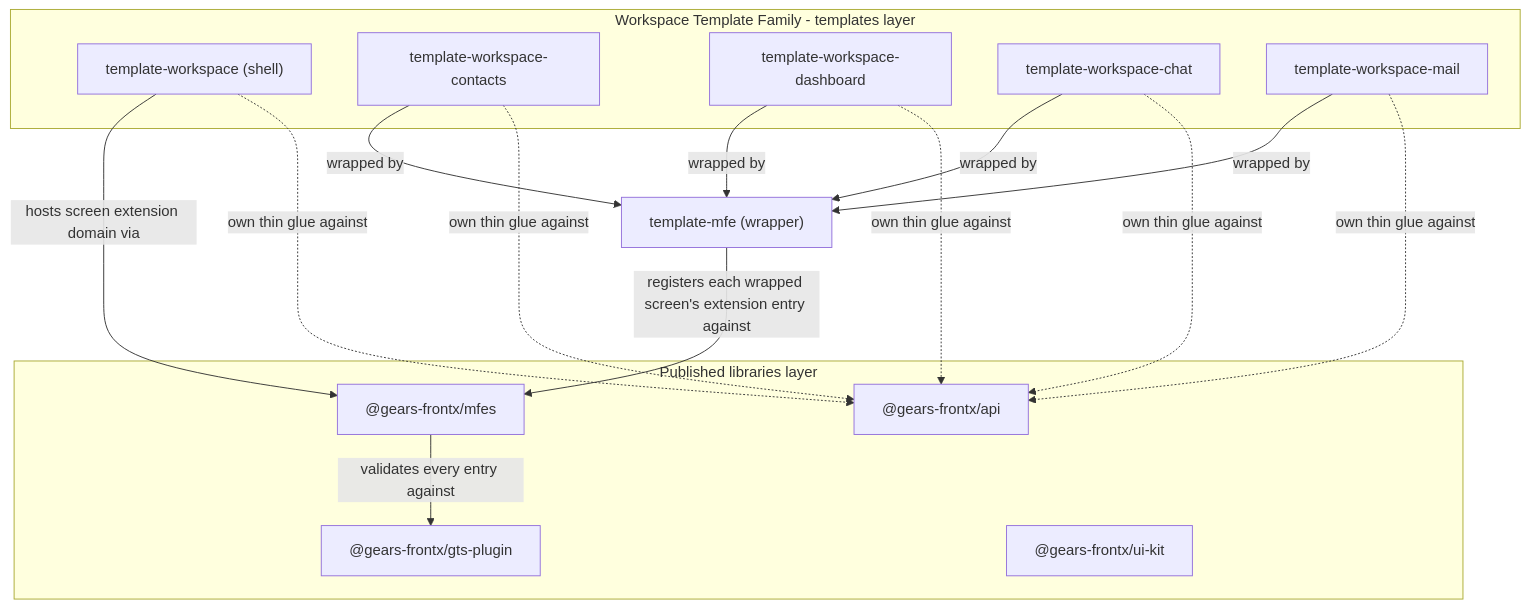
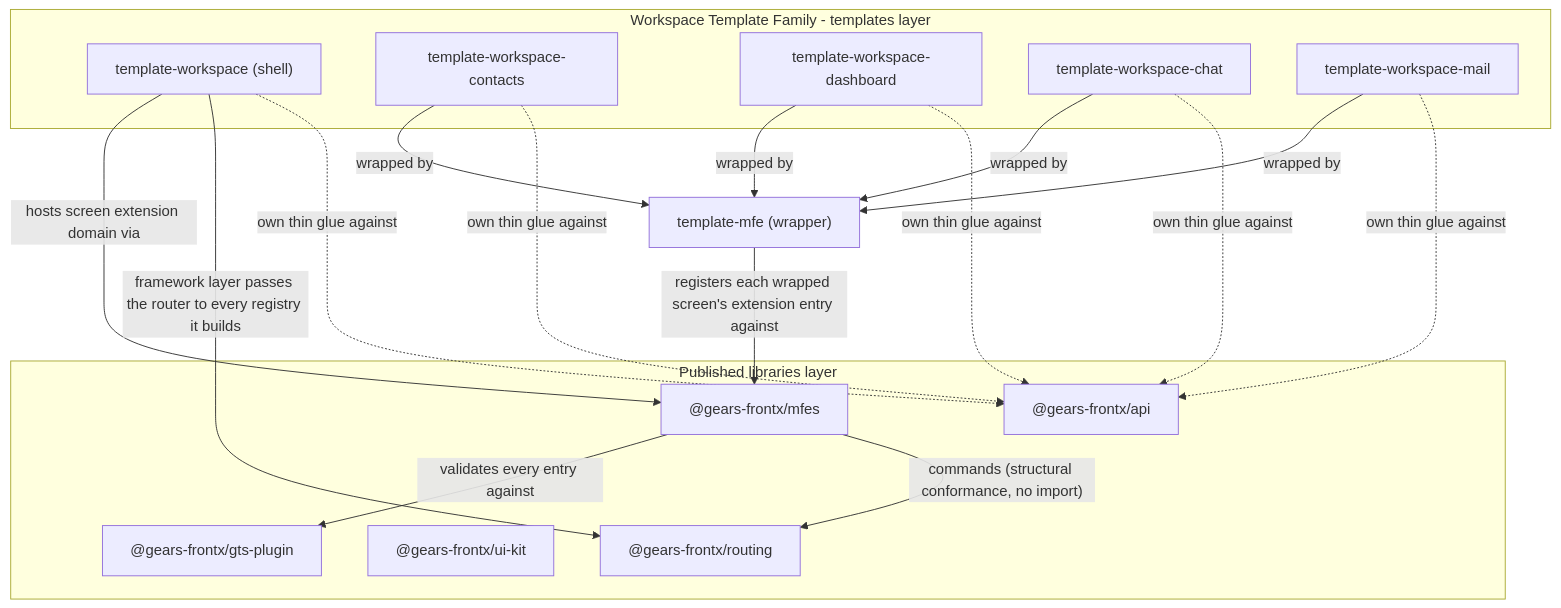
One commit to GeraBart/gears-frontx-templates changed the first of 2 diagrams in architecture/workspace-templates/DESIGN.md. Above: the diagram before and after it, drawn with Mermaid. The commit also changed other lines of this file and 75 other files, not shown here.

Commit message:
feat: inject the ecosystem router; remove template routing code

````diff
--- a/architecture/workspace-templates/DESIGN.md
+++ b/architecture/workspace-templates/DESIGN.md
@@ -106,29 +107,32 @@
 ```mermaid
 graph TD
     subgraph Family[Workspace Template Family - templates layer]
         Shell["template-workspace (shell)"]
         Contacts["template-workspace-contacts"]
         Dashboard["template-workspace-dashboard"]
         Chat["template-workspace-chat"]
         Mail["template-workspace-mail"]
     end
     MFEW["template-mfe (wrapper)"]
     subgraph Libs[Published libraries layer]
         MFES["@gears-frontx/mfes"]
         GTS["@gears-frontx/gts-plugin"]
         API["@gears-frontx/api"]
         UIKIT["@gears-frontx/ui-kit"]
+        ROUTER["@gears-frontx/routing"]
     end
     Contacts -- "wrapped by" --> MFEW
     Dashboard -- "wrapped by" --> MFEW
     Chat -- "wrapped by" --> MFEW
     Mail -- "wrapped by" --> MFEW
     MFEW -- "registers each wrapped screen's extension entry against" --> MFES
     Shell -- "hosts screen extension domain via" --> MFES
     MFES -- "validates every entry against" --> GTS
+    MFES -- "commands (structural conformance, no import)" --> ROUTER
+    Shell -- "framework layer passes the router to every registry it builds" --> ROUTER
     Contacts -. "own thin glue against" .-> API
     Dashboard -. "own thin glue against" .-> API
     Chat -. "own thin glue against" .-> API
     Mail -. "own thin glue against" .-> API
     Shell -. "own thin glue against" .-> API
 ```
````
